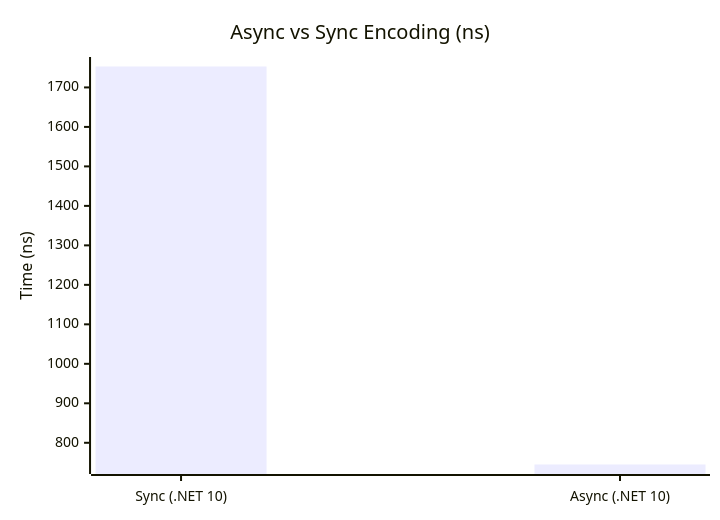
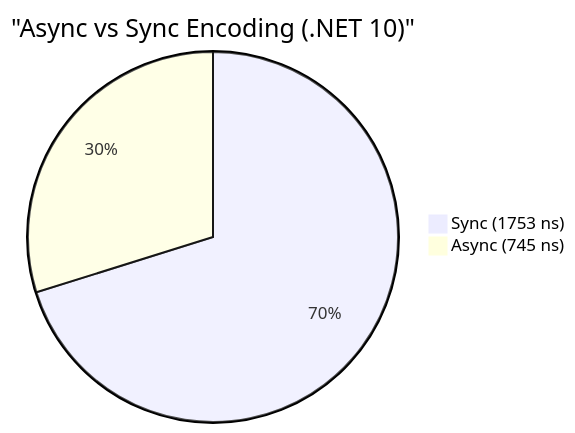
The second of 2 diagrams in Writerside/topics/streaming_and_transport1.md (IsMikeTaken/ProtobuffEncoder), drawn with Mermaid before and after one commit. The commit also changed other lines of this file and 64 other files, not shown here.

````diff
--- a/Writerside/topics/streaming_and_transport1.md
+++ b/Writerside/topics/streaming_and_transport1.md
@@ -50,7 +49,5 @@
 ```mermaid
-xychart-beta
-    title "Async vs Sync Encoding (ns)"
-    x-axis ["Sync (.NET 10)", "Async (.NET 10)"]
-    y-axis "Time (ns)"
-    bar [1753, 745]
+pie title "Async vs Sync Encoding (.NET 10)"
+    "Sync (1753 ns)" : 1753
+    "Async (745 ns)" : 745
 ```
````
